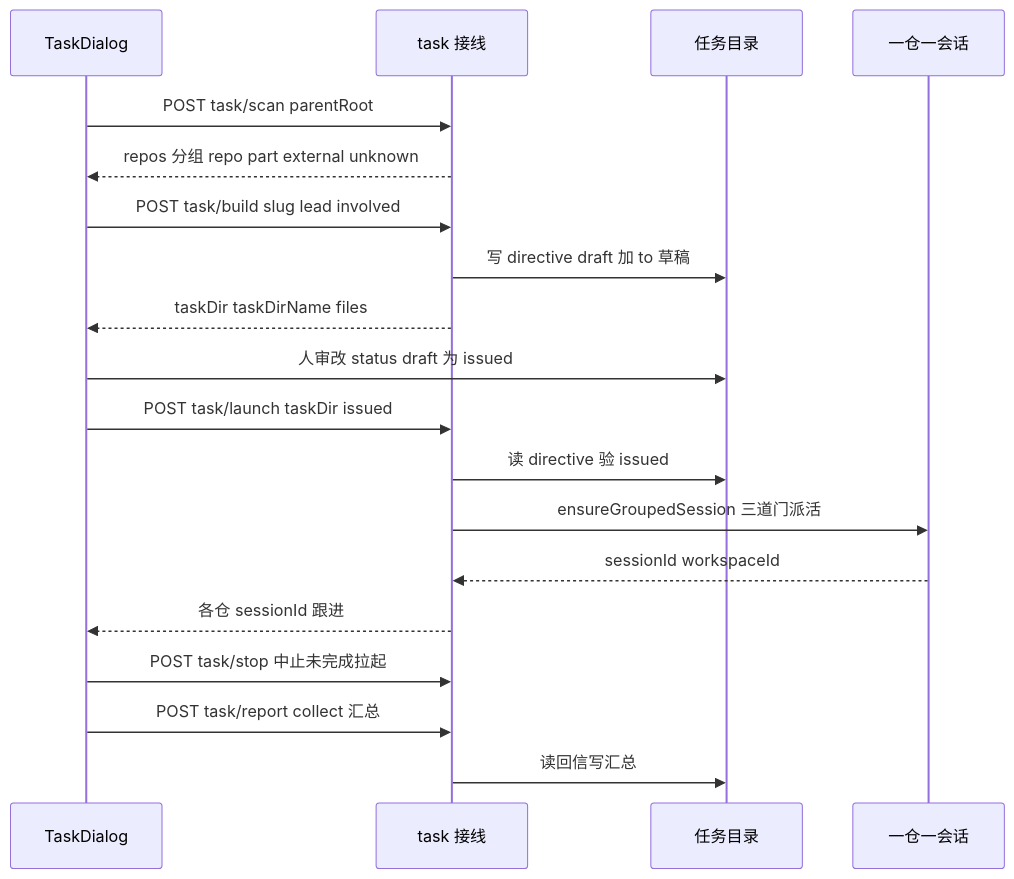
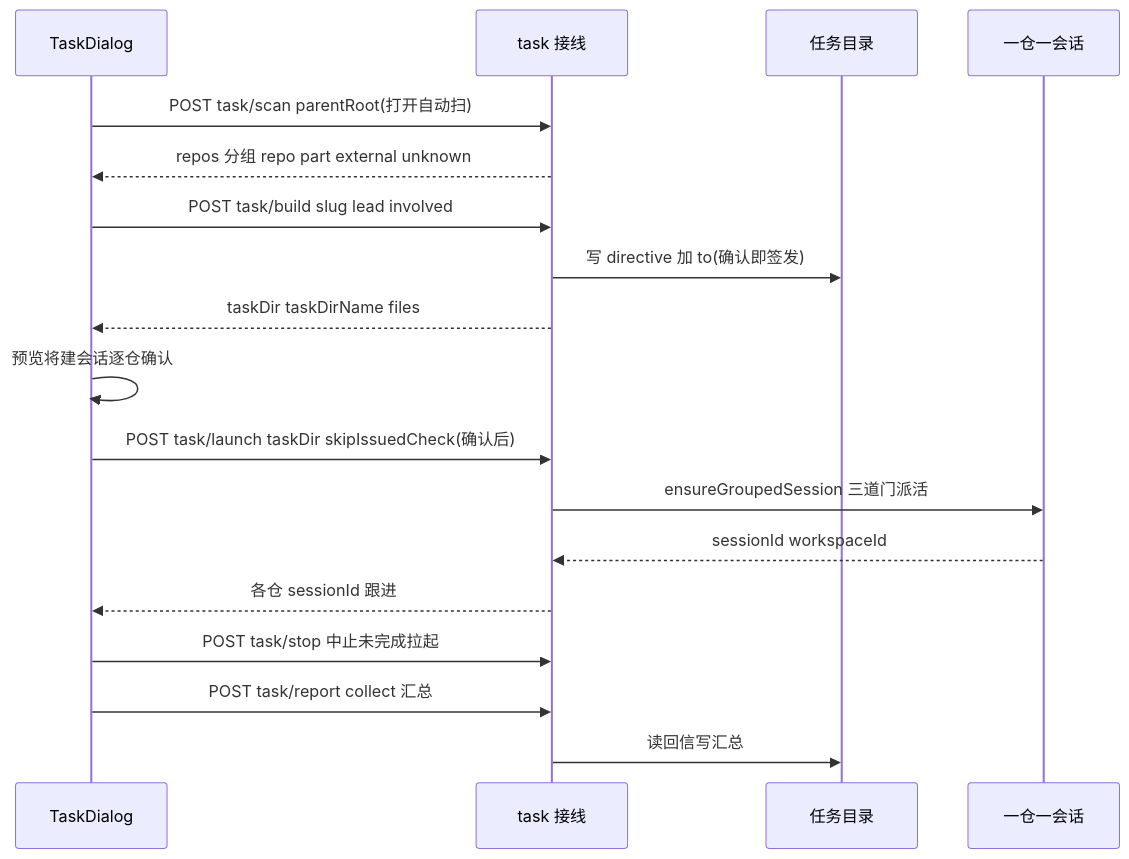
The fourth of 4 diagrams in docs/architecture.md (doubleelec/dsh-debate), drawn with Mermaid before and after one commit. The commit also changed other lines of this file and 6 other files, not shown here.

````diff
--- a/docs/architecture.md
+++ b/docs/architecture.md
@@ -209,21 +209,20 @@
 ```mermaid
 sequenceDiagram
     participant T as TaskDialog
     participant H as task 接线
     participant D as 任务目录
     participant G as 一仓一会话
-    T->>H: POST task/scan parentRoot
+    T->>H: POST task/scan parentRoot(打开自动扫)
     H-->>T: repos 分组 repo part external unknown
     T->>H: POST task/build slug lead involved
-    H->>D: 写 directive draft 加 to 草稿
+    H->>D: 写 directive 加 to(确认即签发)
     H-->>T: taskDir taskDirName files
-    T->>D: 人审改 status draft 为 issued
-    T->>H: POST task/launch taskDir issued
-    H->>D: 读 directive 验 issued
+    T->>T: 预览将建会话逐仓确认
+    T->>H: POST task/launch taskDir skipIssuedCheck(确认后)
     H->>G: ensureGroupedSession 三道门派活
     G-->>H: sessionId workspaceId
     H-->>T: 各仓 sessionId 跟进
     T->>H: POST task/stop 中止未完成拉起
     T->>H: POST task/report collect 汇总
     H->>D: 读回信写汇总
 ```
````
